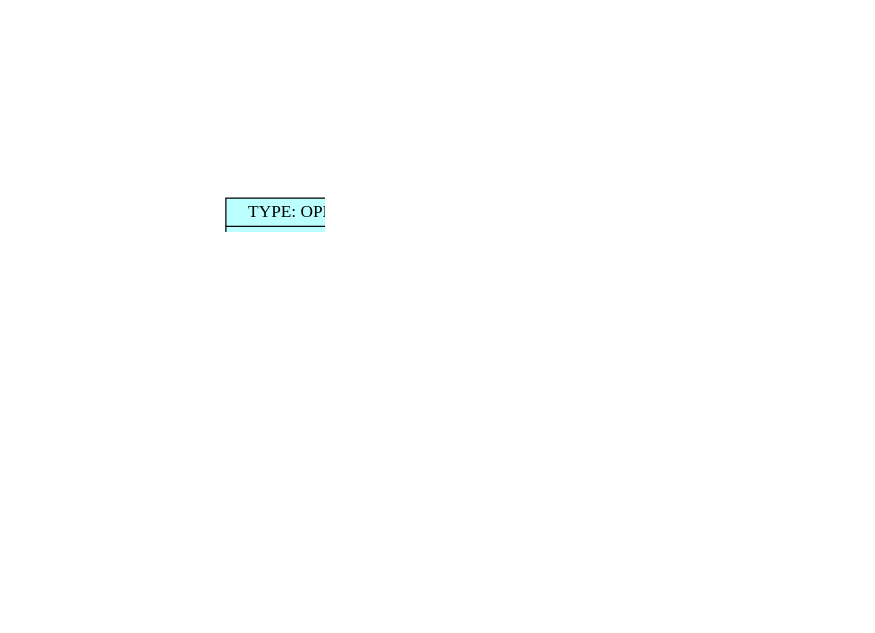
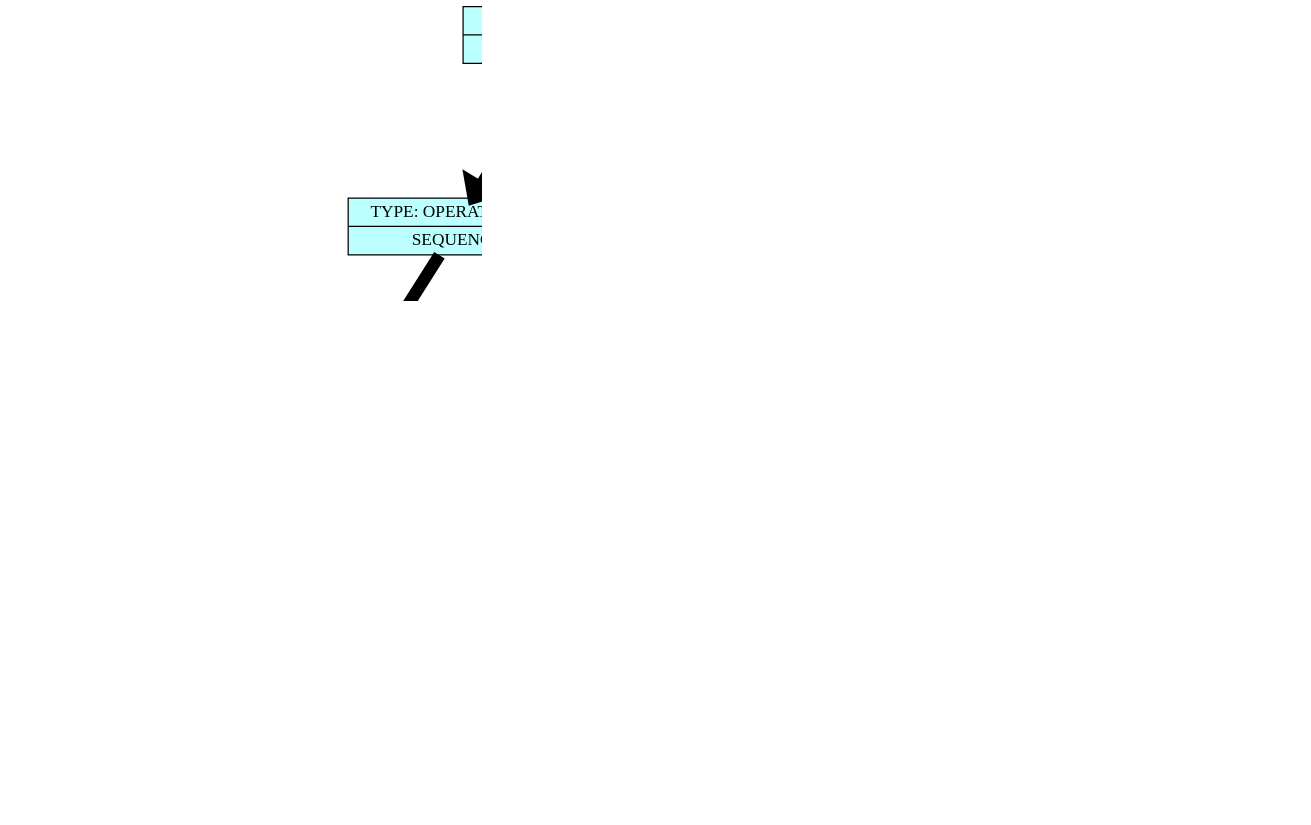
One commit to Troll0ton/Trollanguage changed the diagram in frontend/dump/list_graph.dot. Above: the diagram before and after it, drawn with Graphviz. The commit also changed 24 other files, not shown here.

```diff
--- a/frontend/dump/list_graph.dot
+++ b/frontend/dump/list_graph.dot
@@ -1,32 +1,50 @@
 digraph structs {    
 rankdir = TB;        
 graph [dpi = 200];   
 ranksep = 1.5;       
 edge[penwidth = 10]; 
 cell0 [style = filled, color = black, shape=record, 
 fillcolor = paleturquoise1, label = " { <ptr> TYPE: OPERATION (0) | SEQUENCE} " ];                         
 cell1 [style = filled, color = black, shape=record, 
+fillcolor = paleturquoise1, label = " { <ptr> TYPE: OPERATION (0) | SEQUENCE} " ];                         
+cell2 [style = filled, color = black, shape=record, 
 fillcolor = paleturquoise1, label = " { <ptr> TYPE: OPERATION (0) | ASSIGNMENT} " ];                         
-cell2 [style = filled, color = black, shape=record, 
+cell3 [style = filled, color = black, shape=record, 
 fillcolor = darkolivegreen2, label = " { <ptr> TYPE: VARIABLE (4) | x} " ];                         
-cell3 [style = filled, color = black, shape=record, 
+cell4 [style = filled, color = black, shape=record, 
 fillcolor = paleturquoise1, label = " { <ptr> TYPE: OPERATION (1) | -} " ];                         
-cell4 [style = filled, color = black, shape=record, 
+cell5 [style = filled, color = black, shape=record, 
 fillcolor = coral2, label = " { <ptr> TYPE: NUMERIC (4) | 300} " ];                         
-cell5 [style = filled, color = black, shape=record, 
+cell6 [style = filled, color = black, shape=record, 
 fillcolor = coral2, label = " { <ptr> TYPE: NUMERIC (4) | 100} " ];                         
-cell6 [style = filled, color = black, shape=record, 
-fillcolor = paleturquoise1, label = " { <ptr> TYPE: OPERATION (1) | +} " ];                         
 cell7 [style = filled, color = black, shape=record, 
+fillcolor = paleturquoise1, label = " { <ptr> TYPE: OPERATION (0) | IF} " ];                         
+cell8 [style = filled, color = black, shape=record, 
+fillcolor = paleturquoise1, label = " { <ptr> TYPE: OPERATION (1) | -} " ];                         
+cell9 [style = filled, color = black, shape=record, 
 fillcolor = darkolivegreen2, label = " { <ptr> TYPE: VARIABLE (4) | x} " ];                         
-cell8 [style = filled, color = black, shape=record, 
-fillcolor = coral2, label = " { <ptr> TYPE: NUMERIC (4) | 50} " ];                         
+cell10 [style = filled, color = black, shape=record, 
+fillcolor = coral2, label = " { <ptr> TYPE: NUMERIC (4) | 200} " ];                         
+cell11 [style = filled, color = black, shape=record, 
+fillcolor = paleturquoise1, label = " { <ptr> TYPE: OPERATION (0) | ASSIGNMENT} " ];                         
+cell12 [style = filled, color = black, shape=record, 
+fillcolor = darkolivegreen2, label = " { <ptr> TYPE: VARIABLE (4) | y} " ];                         
+cell13 [style = filled, color = black, shape=record, 
+fillcolor = coral2, label = " { <ptr> TYPE: NUMERIC (4) | 159} " ];                         
+cell14 [style = filled, color = black, shape=record, 
+fillcolor = darkolivegreen2, label = " { <ptr> TYPE: VARIABLE (4) | y} " ];                         
 cell0 -> cell1;
 cell1 -> cell2;
-cell1 -> cell3;
-cell3 -> cell4;
-cell3 -> cell5;
-cell0 -> cell6;
-cell6 -> cell7;
-cell6 -> cell8;
+cell2 -> cell3;
+cell2 -> cell4;
+cell4 -> cell5;
+cell4 -> cell6;
+cell1 -> cell7;
+cell7 -> cell8;
+cell8 -> cell9;
+cell8 -> cell10;
+cell7 -> cell11;
+cell11 -> cell12;
+cell11 -> cell13;
+cell0 -> cell14;
 }
```
